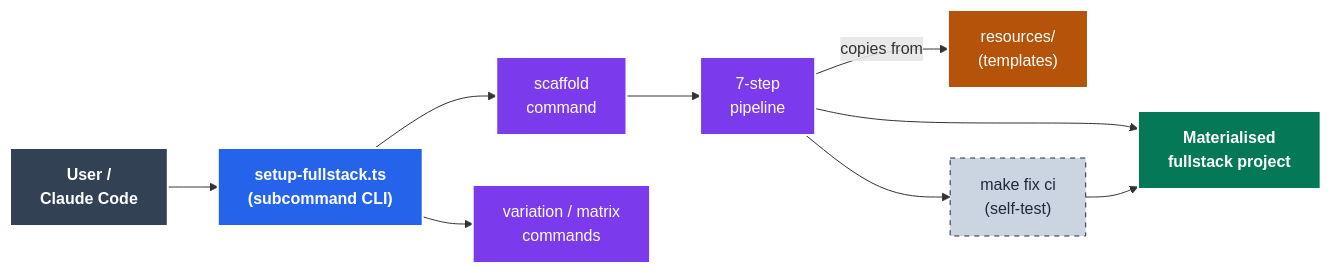
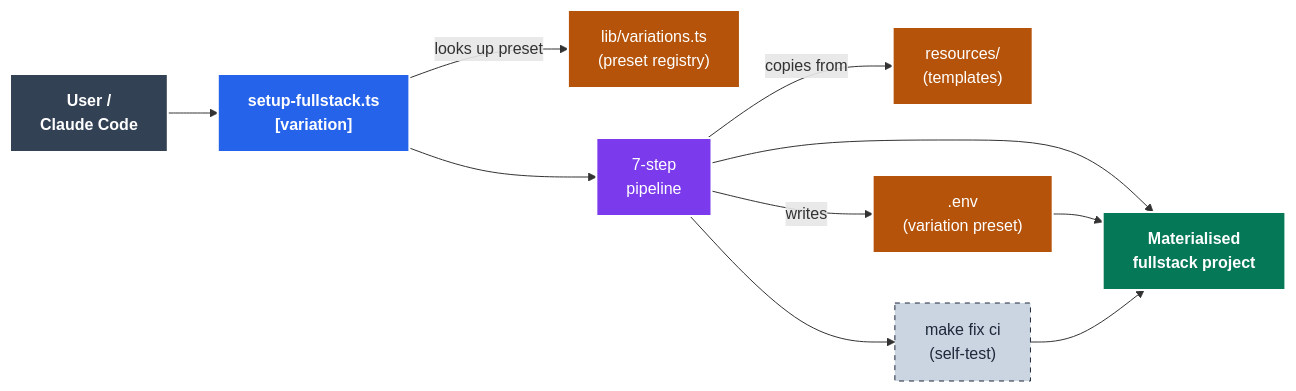
Before and after one commit to neozenith/agentic-dotfiles: the first of 4 diagrams in skills/setup-fullstack/README.md, drawn with Mermaid. The commit also changed other lines of this file and 8 other files, not shown here.

Commit message:
refactor(setup-fullstack): removed unneeded skill testing matrix from internal cli tool

````diff
--- a/skills/setup-fullstack/README.md
+++ b/skills/setup-fullstack/README.md
@@ -11,27 +11,28 @@
 ```mermaid
 flowchart LR
     User["User /<br/>Claude Code"]:::entry
-    CLI["setup-fullstack.ts<br/>(subcommand CLI)"]:::cli
-    Scaffold["scaffold<br/>command"]:::backend
-    Variation["variation / matrix<br/>commands"]:::backend
+    CLI["setup-fullstack.ts<br/>[variation]"]:::cli
+    Variations["lib/variations.ts<br/>(preset registry)"]:::data
     Steps["7-step<br/>pipeline"]:::backend
     Resources["resources/<br/>(templates)"]:::data
+    EnvFile[".env<br/>(variation preset)"]:::data
     Output["Materialised<br/>fullstack project"]:::usercode
     Verify["make fix ci<br/>(self-test)"]:::test
 
     User --> CLI
-    CLI --> Scaffold
-    CLI --> Variation
-    Scaffold --> Steps
+    CLI -->|looks up preset| Variations
+    CLI --> Steps
     Steps -->|copies from| Resources
     Steps --> Output
+    Steps -->|writes| EnvFile
+    EnvFile --> Output
     Steps --> Verify
     Verify --> Output
 
     classDef entry    fill:#334155,stroke:#fff,color:#fff,stroke-width:2px,font-weight:bold
     classDef cli      fill:#2563eb,stroke:#fff,color:#fff,stroke-width:2px,font-weight:bold
     classDef backend  fill:#7c3aed,stroke:#fff,color:#fff,stroke-width:2px
     classDef data     fill:#b45309,stroke:#fff,color:#fff,stroke-width:2px
     classDef usercode fill:#047857,stroke:#fff,color:#fff,stroke-width:2px,font-weight:bold
     classDef test     fill:#cbd5e1,stroke:#1e293b,color:#1e293b,stroke-width:1px,stroke-dasharray:5 5
 ```
````
